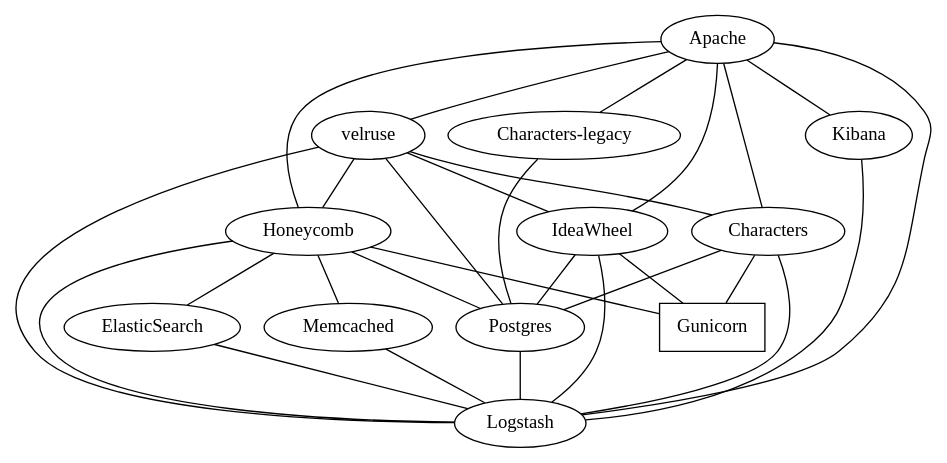
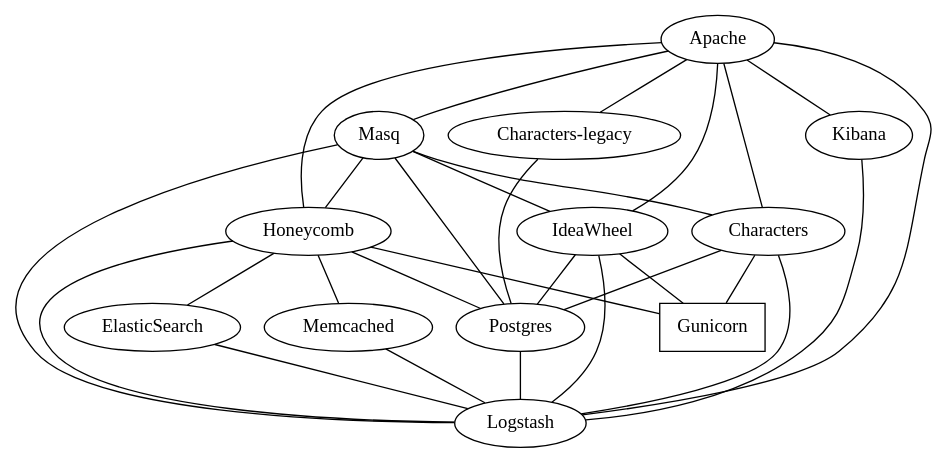
Before and after one commit to OpenFurry/openfurry.org: the diagram in deployment.dot, drawn with Graphviz. The commit also changed 1 other file, not shown here.

Commit message:
Masq instead of velruse

```diff
--- a/deployment.dot
+++ b/deployment.dot
@@ -1,55 +1,55 @@
 graph OpenFurryDeployment {
 	node [fontname="Marcellus"]
     Apache [URL="https://jujucharms.com/apache2/"];
-    velruse [URL="http://velruse.readthedocs.io/en/latest/index.html"];
+    Masq [URL="https://github.com/dennisreimann/masq"];
     Postgres [URL="https://jujucharms.com/postgresql/"];
     Kibana [URL="https://jujucharms.com/kibana/"];
     Logstash [URL="https://jujucharms.com/logstash/"];
     Honeycomb [URL="https://github.com/OpenFurry/honeycomb"];
     Characters [URL="https://github.com/OpenFurry/charref"];
     "Characters-legacy" [URL="https://characters.openfurry.org"];
     IdeaWheel [URL="https://github.com/OpenFurry/ideawheel"];
     Gunicorn [URL="https://jujucharms.com/gunicorn/s"];
     ElasticSearch [URL="https://jujucharms.com/elasticsearch/"];
     Memcached [URL="https://jujucharms.com/memcached/"];
 
-    Apache -- velruse;
-    velruse -- Postgres;
+    Apache -- Masq;
+    Masq -- Postgres;
 
     Apache -- Kibana;
     Kibana -- Logstash;
 
     Apache -- Logstash;
-    velruse -- Logstash;
+    Masq -- Logstash;
 
-    velruse -- Honeycomb;
-    velruse -- Characters;
-    velruse -- IdeaWheel;
+    Masq -- Honeycomb;
+    Masq -- Characters;
+    Masq -- IdeaWheel;
 
     Gunicorn [shape=box];
 
     Apache -- Honeycomb;
     Apache -- Characters;
     Apache -- "Characters-legacy";
     Apache -- IdeaWheel;
 
     Honeycomb -- Gunicorn;
     Characters -- Gunicorn;
     IdeaWheel -- Gunicorn;
 
     Honeycomb -- Logstash;
     Characters -- Logstash;
     IdeaWheel -- Logstash;
     Memcached -- Logstash;
     Postgres -- Logstash;
     ElasticSearch -- Logstash;
 
     Honeycomb -- Memcached;
     Honeycomb -- Postgres;
     Honeycomb -- ElasticSearch;
 
     Characters -- Postgres;
     "Characters-legacy" -- Postgres;
 
     IdeaWheel -- Postgres;
 }
```
